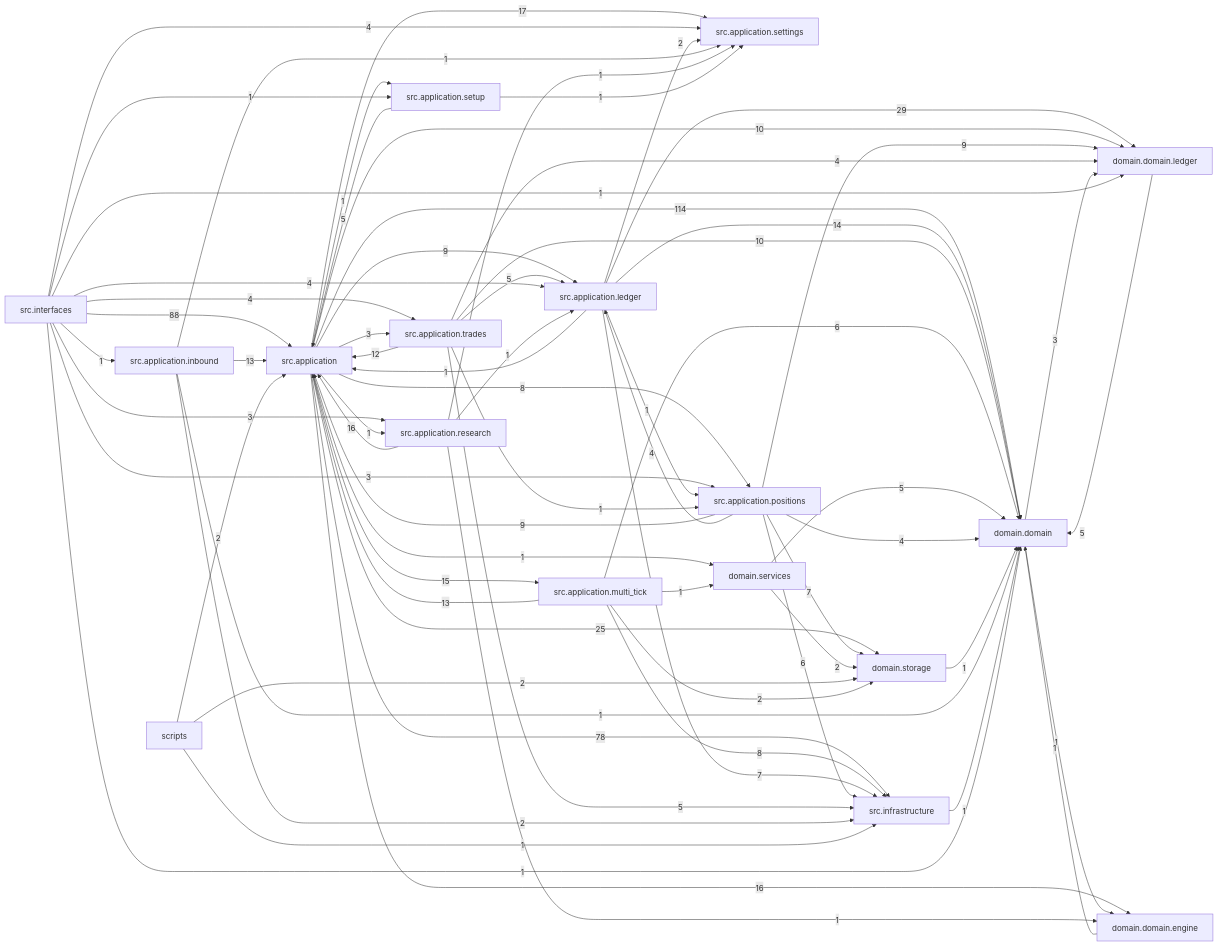
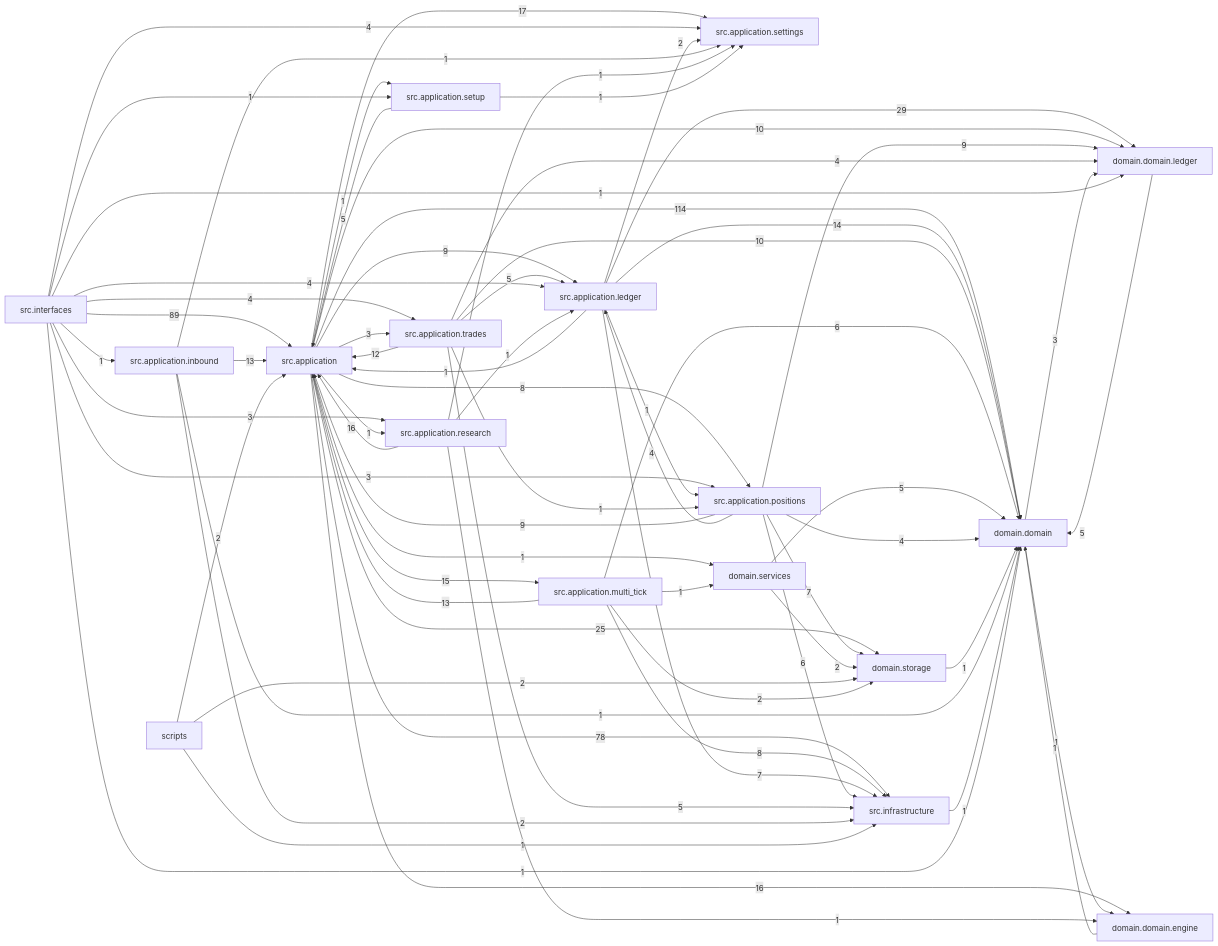
Before and after one commit to liuxie066/options-monitor: the diagram in docs/dependency_graph.mmd, drawn with Mermaid. The commit also changed 28 other files, not shown here.

```diff
--- a/docs/dependency_graph.mmd
+++ b/docs/dependency_graph.mmd
@@ -1,68 +1,68 @@
 flowchart LR
   src_application["src.application"] -->|114| domain_domain["domain.domain"]
-  src_interfaces["src.interfaces"] -->|88| src_application["src.application"]
+  src_interfaces["src.interfaces"] -->|89| src_application["src.application"]
   src_application["src.application"] -->|78| src_infrastructure["src.infrastructure"]
   src_application_ledger["src.application.ledger"] -->|29| domain_domain_ledger["domain.domain.ledger"]
   src_application["src.application"] -->|25| domain_storage["domain.storage"]
   src_application["src.application"] -->|17| src_application_settings["src.application.settings"]
   src_application["src.application"] -->|16| domain_domain_engine["domain.domain.engine"]
   src_application_research["src.application.research"] -->|16| src_application["src.application"]
   src_application["src.application"] -->|15| src_application_multi_tick["src.application.multi_tick"]
   src_application_ledger["src.application.ledger"] -->|14| domain_domain["domain.domain"]
   src_application_inbound["src.application.inbound"] -->|13| src_application["src.application"]
   src_application_multi_tick["src.application.multi_tick"] -->|13| src_application["src.application"]
   src_application_trades["src.application.trades"] -->|12| src_application["src.application"]
   src_application["src.application"] -->|10| domain_domain_ledger["domain.domain.ledger"]
   src_application_trades["src.application.trades"] -->|10| domain_domain["domain.domain"]
   src_application["src.application"] -->|9| src_application_ledger["src.application.ledger"]
   src_application_positions["src.application.positions"] -->|9| domain_domain_ledger["domain.domain.ledger"]
   src_application_positions["src.application.positions"] -->|9| src_application["src.application"]
   src_application["src.application"] -->|8| src_application_positions["src.application.positions"]
   src_application_multi_tick["src.application.multi_tick"] -->|8| src_infrastructure["src.infrastructure"]
   src_application_ledger["src.application.ledger"] -->|7| src_infrastructure["src.infrastructure"]
   src_application_positions["src.application.positions"] -->|7| domain_storage["domain.storage"]
   src_application_multi_tick["src.application.multi_tick"] -->|6| domain_domain["domain.domain"]
   src_application_positions["src.application.positions"] -->|6| src_infrastructure["src.infrastructure"]
   domain_domain_ledger["domain.domain.ledger"] -->|5| domain_domain["domain.domain"]
   domain_services["domain.services"] -->|5| domain_domain["domain.domain"]
   src_application_setup["src.application.setup"] -->|5| src_application["src.application"]
   src_application_trades["src.application.trades"] -->|5| src_application_ledger["src.application.ledger"]
   src_application_trades["src.application.trades"] -->|5| src_infrastructure["src.infrastructure"]
   src_application_positions["src.application.positions"] -->|4| domain_domain["domain.domain"]
   src_application_positions["src.application.positions"] -->|4| src_application_ledger["src.application.ledger"]
   src_application_trades["src.application.trades"] -->|4| domain_domain_ledger["domain.domain.ledger"]
   src_interfaces["src.interfaces"] -->|4| src_application_ledger["src.application.ledger"]
   src_interfaces["src.interfaces"] -->|4| src_application_settings["src.application.settings"]
   src_interfaces["src.interfaces"] -->|4| src_application_trades["src.application.trades"]
   domain_domain["domain.domain"] -->|3| domain_domain_ledger["domain.domain.ledger"]
   src_application["src.application"] -->|3| src_application_trades["src.application.trades"]
   src_interfaces["src.interfaces"] -->|3| src_application_positions["src.application.positions"]
   src_interfaces["src.interfaces"] -->|3| src_application_research["src.application.research"]
   domain_services["domain.services"] -->|2| domain_storage["domain.storage"]
   scripts["scripts"] -->|2| domain_storage["domain.storage"]
   scripts["scripts"] -->|2| src_application["src.application"]
   src_application_inbound["src.application.inbound"] -->|2| src_infrastructure["src.infrastructure"]
   src_application_ledger["src.application.ledger"] -->|2| src_application_settings["src.application.settings"]
   src_application_multi_tick["src.application.multi_tick"] -->|2| domain_storage["domain.storage"]
   domain_domain["domain.domain"] -->|1| domain_domain_engine["domain.domain.engine"]
   domain_domain_engine["domain.domain.engine"] -->|1| domain_domain["domain.domain"]
   domain_storage["domain.storage"] -->|1| domain_domain["domain.domain"]
   scripts["scripts"] -->|1| src_infrastructure["src.infrastructure"]
   src_application["src.application"] -->|1| domain_services["domain.services"]
   src_application["src.application"] -->|1| src_application_research["src.application.research"]
   src_application["src.application"] -->|1| src_application_setup["src.application.setup"]
   src_application_inbound["src.application.inbound"] -->|1| domain_domain["domain.domain"]
   src_application_inbound["src.application.inbound"] -->|1| src_application_settings["src.application.settings"]
   src_application_ledger["src.application.ledger"] -->|1| src_application["src.application"]
   src_application_ledger["src.application.ledger"] -->|1| src_application_positions["src.application.positions"]
   src_application_multi_tick["src.application.multi_tick"] -->|1| domain_services["domain.services"]
   src_application_research["src.application.research"] -->|1| domain_domain_engine["domain.domain.engine"]
   src_application_research["src.application.research"] -->|1| src_application_ledger["src.application.ledger"]
   src_application_research["src.application.research"] -->|1| src_application_settings["src.application.settings"]
   src_application_setup["src.application.setup"] -->|1| src_application_settings["src.application.settings"]
   src_application_trades["src.application.trades"] -->|1| src_application_positions["src.application.positions"]
   src_infrastructure["src.infrastructure"] -->|1| domain_domain["domain.domain"]
   src_interfaces["src.interfaces"] -->|1| domain_domain["domain.domain"]
   src_interfaces["src.interfaces"] -->|1| domain_domain_ledger["domain.domain.ledger"]
   src_interfaces["src.interfaces"] -->|1| src_application_inbound["src.application.inbound"]
   src_interfaces["src.interfaces"] -->|1| src_application_setup["src.application.setup"]
```
